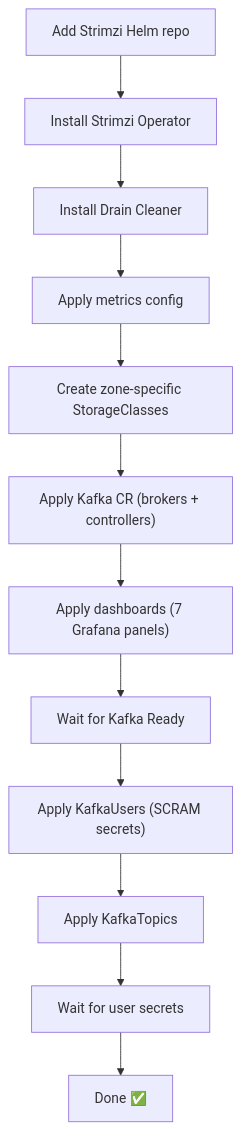
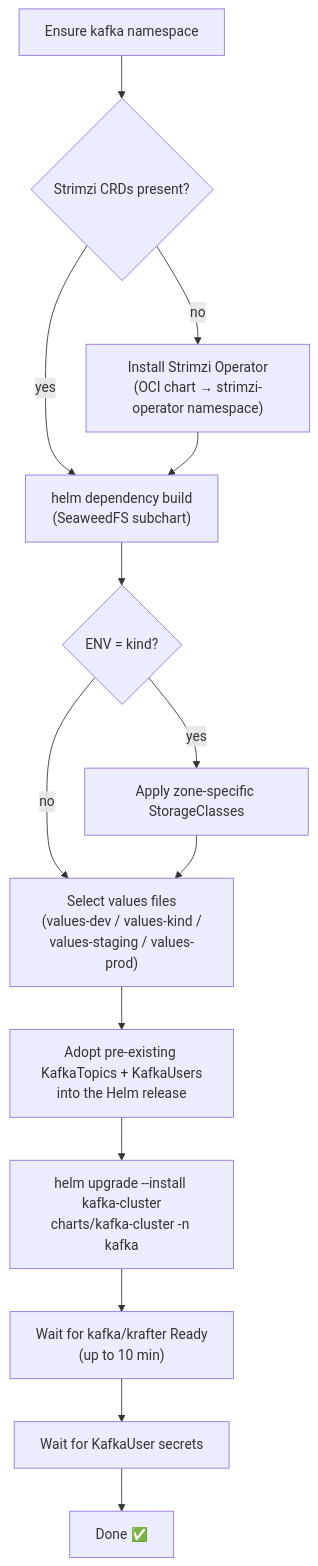
The sixth of 6 diagrams in docs/book/15-kafka-deployment.md (actions-marketplace-validations/bmscomp_kates), drawn with Mermaid before and after one commit. The commit also changed other lines of this file and 23 other files, not shown here.

````diff
--- a/docs/book/15-kafka-deployment.md
+++ b/docs/book/15-kafka-deployment.md
@@ -544,14 +555,16 @@
 ```mermaid
 graph TD
-    A["Add Strimzi Helm repo"] --> B["Install Strimzi Operator"]
-    B --> C["Install Drain Cleaner"]
-    C --> D["Apply metrics config"]
-    D --> E["Create zone-specific StorageClasses"]
-    E --> F["Apply Kafka CR (brokers + controllers)"]
-    F --> G["Apply dashboards (7 Grafana panels)"]
-    G --> H["Wait for Kafka Ready"]
-    H --> I["Apply KafkaUsers (SCRAM secrets)"]
-    I --> J["Apply KafkaTopics"]
-    J --> K["Wait for user secrets"]
+    A["Ensure kafka namespace"] --> B{"Strimzi CRDs present?"}
+    B -->|"no"| C["Install Strimzi Operator<br/>(OCI chart → strimzi-operator namespace)"]
+    B -->|"yes"| D["helm dependency build<br/>(SeaweedFS subchart)"]
+    C --> D
+    D --> E{"ENV = kind?"}
+    E -->|"yes"| F["Apply zone-specific StorageClasses"]
+    E -->|"no"| G["Select values files<br/>(values-dev / values-kind /<br/>values-staging / values-prod)"]
+    F --> G
+    G --> H["Adopt pre-existing KafkaTopics + KafkaUsers<br/>into the Helm release"]
+    H --> I["helm upgrade --install kafka-cluster<br/>charts/kafka-cluster -n kafka"]
+    I --> J["Wait for kafka/krafter Ready<br/>(up to 10 min)"]
+    J --> K["Wait for KafkaUser secrets"]
     K --> L["Done ✅"]
 ```
````
